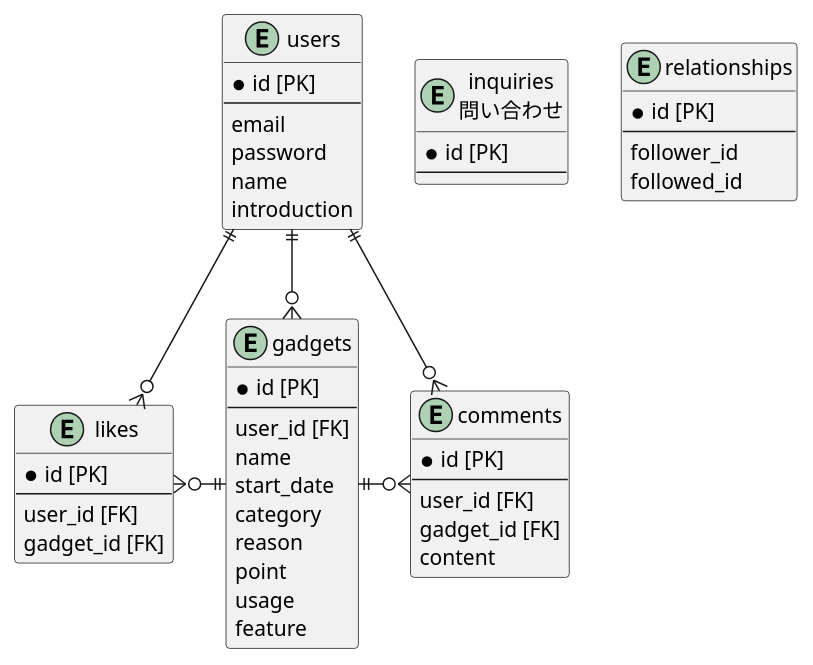
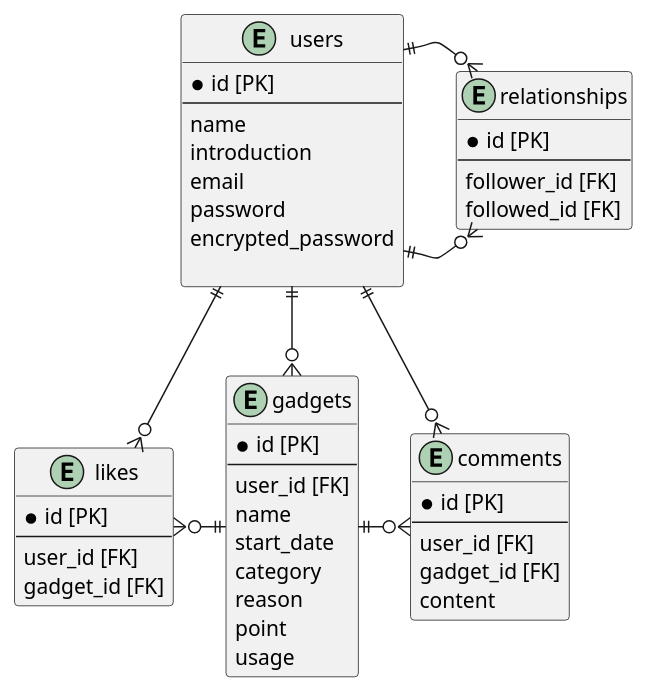
One commit to darutani/Portfolio-OshiGadge changed the diagram in erd.pu. Above: the diagram before and after it, drawn with PlantUML. The commit also changed 2 other files, not shown here.

Commit message:
update: ER図の修正 #191

```diff
--- a/erd.pu
+++ b/erd.pu
@@ -1,58 +1,56 @@
 @startuml OshiGadge
 
 entity users {
   *id [PK]
   --
+  name
+  introduction
   email
   password
-  name
-  introduction
+  encrypted_password
+
 }
 
 entity gadgets {
   *id [PK]
   --
   user_id [FK]
   name
   start_date
   category
   reason
   point
   usage
-  feature
 }
 
 entity likes {
   *id [PK]
   --
   user_id [FK]
   gadget_id [FK]
 }
 
 entity comments {
   *id [PK]
   --
   user_id [FK]
   gadget_id [FK]
   content
 }
 
-entity inquiries as "inquiries\n問い合わせ" {
-  *id [PK]
-  --
-}
-
 entity relationships {
   *id [PK]
   --
-  follower_id
-  followed_id
+  follower_id [FK]
+  followed_id [FK]
 }
 
 users ||--o{ gadgets
 users ||--o{ comments
 users ||--o{ likes
+users ||-r-o{ relationships
+users ||-r-o{ relationships
 gadgets ||-r-o{ comments
 gadgets ||-l-o{ likes
 
 @enduml
```
